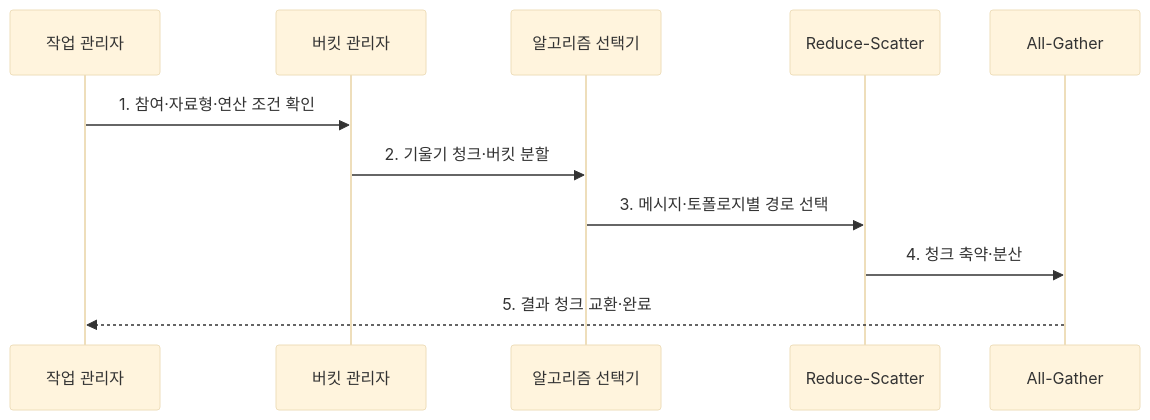
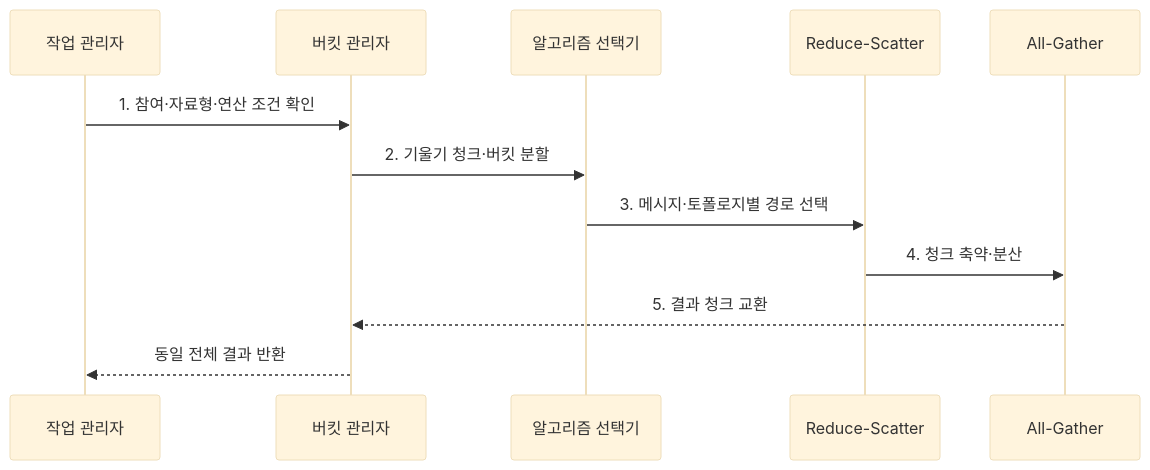
Before and after one commit to agnusdei1207/knowledge-base: the second of 2 diagrams in src/content/docs/notes/08-latest-tech/153_all_reduce.md, drawn with Mermaid (base theme). The commit also changed other lines of this file and 225 other files, not shown here.

````diff
--- a/src/content/docs/notes/08-latest-tech/153_all_reduce.md
+++ b/src/content/docs/notes/08-latest-tech/153_all_reduce.md
@@ -81,13 +81,14 @@
 ```mermaid
 sequenceDiagram
     participant O as 작업 관리자
     participant B as 버킷 관리자
     participant A as 알고리즘 선택기
     participant R as Reduce-Scatter
     participant G as All-Gather
     O->>B: 1. 참여·자료형·연산 조건 확인
     B->>A: 2. 기울기 청크·버킷 분할
     A->>R: 3. 메시지·토폴로지별 경로 선택
     R->>G: 4. 청크 축약·분산
-    G-->>O: 5. 결과 청크 교환·완료
+    G-->>B: 5. 결과 청크 교환
+    B-->>O: 동일 전체 결과 반환
 ```
````
